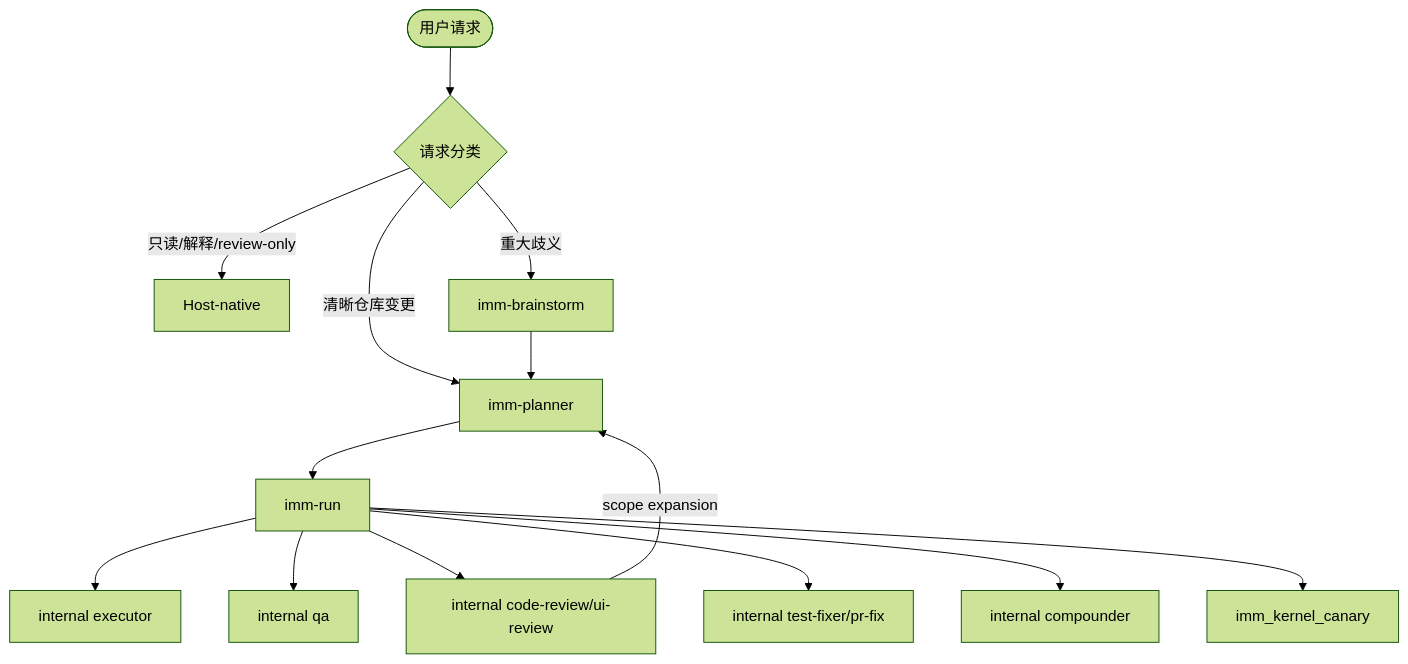
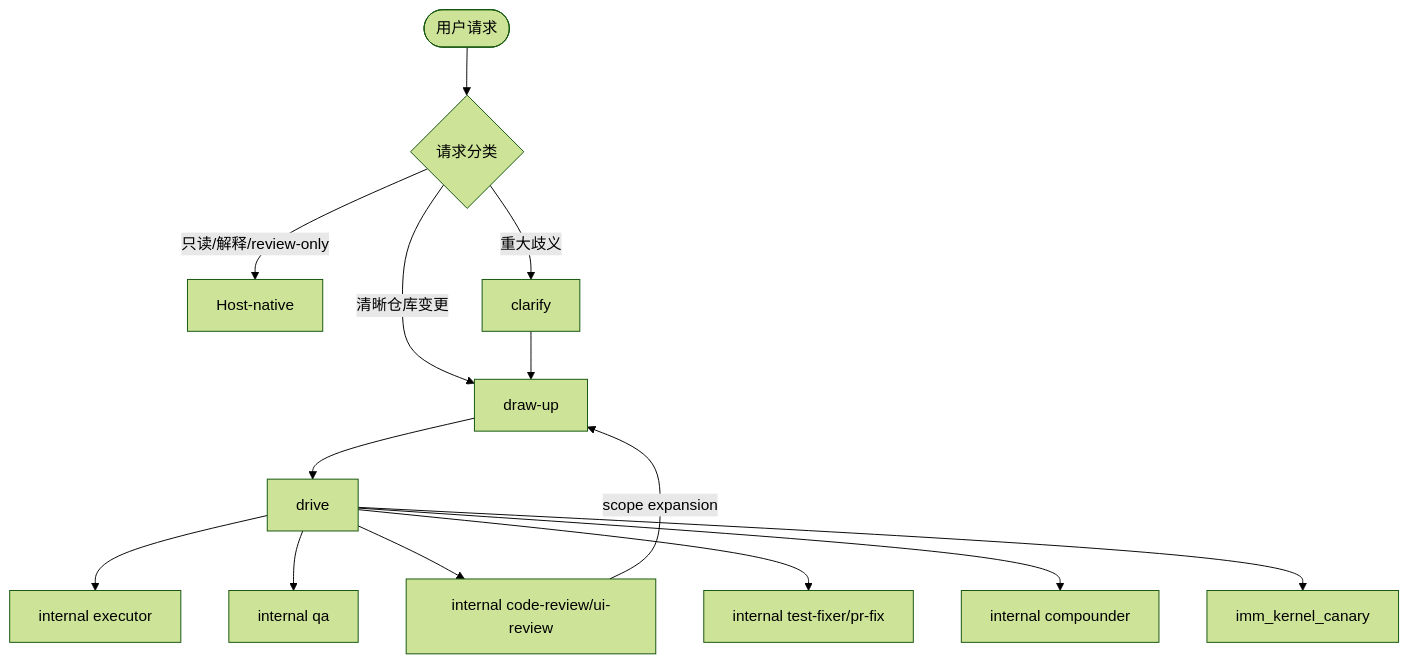
Before and after one commit to dereknex/immune-brain: the diagram in docs/reference/immune-brain-skills-guide.md, drawn with Mermaid (forest theme). The commit also changed other lines of this file and 175 other files, not shown here.

````diff
--- a/docs/reference/immune-brain-skills-guide.md
+++ b/docs/reference/immune-brain-skills-guide.md
@@ -24,16 +24,16 @@
 ```mermaid
 graph TD
     User([用户请求]) --> Route{请求分类}
     Route -->|只读/解释/review-only| Host[Host-native]
-    Route -->|重大歧义| Brainstorm[imm-brainstorm]
-    Route -->|清晰仓库变更| Planner[imm-planner]
+    Route -->|重大歧义| Brainstorm[clarify]
+    Route -->|清晰仓库变更| Planner[draw-up]
     Brainstorm --> Planner
-    Planner --> Loop[imm-run]
+    Planner --> Loop[drive]
     Loop --> Executor[internal executor]
     Loop --> QA[internal qa]
     Loop --> Review[internal code-review/ui-review]
     Loop --> Repair[internal test-fixer/pr-fix]
     Loop --> Learn[internal compounder]
     Loop --> Kernel[imm_kernel_canary]
     Review -->|scope expansion| Planner
 ```
````
